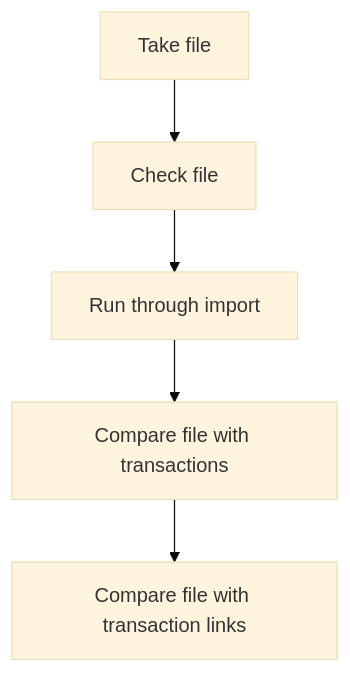
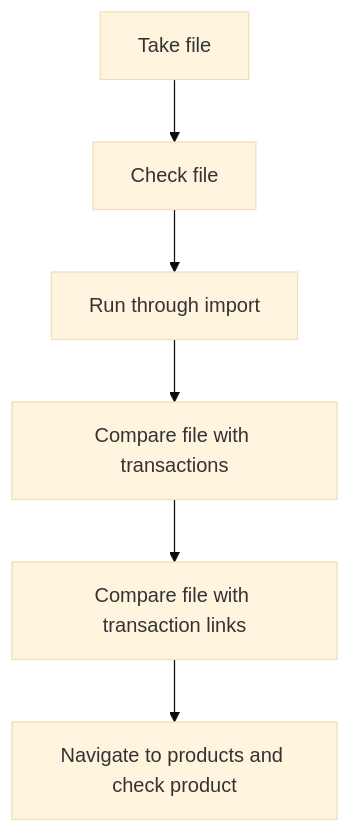
Before and after one commit to jamest-ultra/notes: the diagram in ultraportal/testing/importer testing/tco-importing.md, drawn with Mermaid (base theme). The commit also changed other lines of this file and 2 other files, not shown here.

Commit message:
vault backup: 2023-07-28 16:01:38

````diff
--- a/ultraportal/testing/importer testing/tco-importing.md
+++ b/ultraportal/testing/importer testing/tco-importing.md
@@ -40,4 +40,4 @@
 ```mermaid
 flowchart TD
-A[Take file] --> B[Check file] --> C[Run through import] --> D[Compare file with transactions] --> E[Compare file with transaction links]
+A[Take file] --> B[Check file] --> C[Run through import] --> D[Compare file with transactions] --> E[Compare file with transaction links] --> F[Navigate to products and check product]
 ```
````
